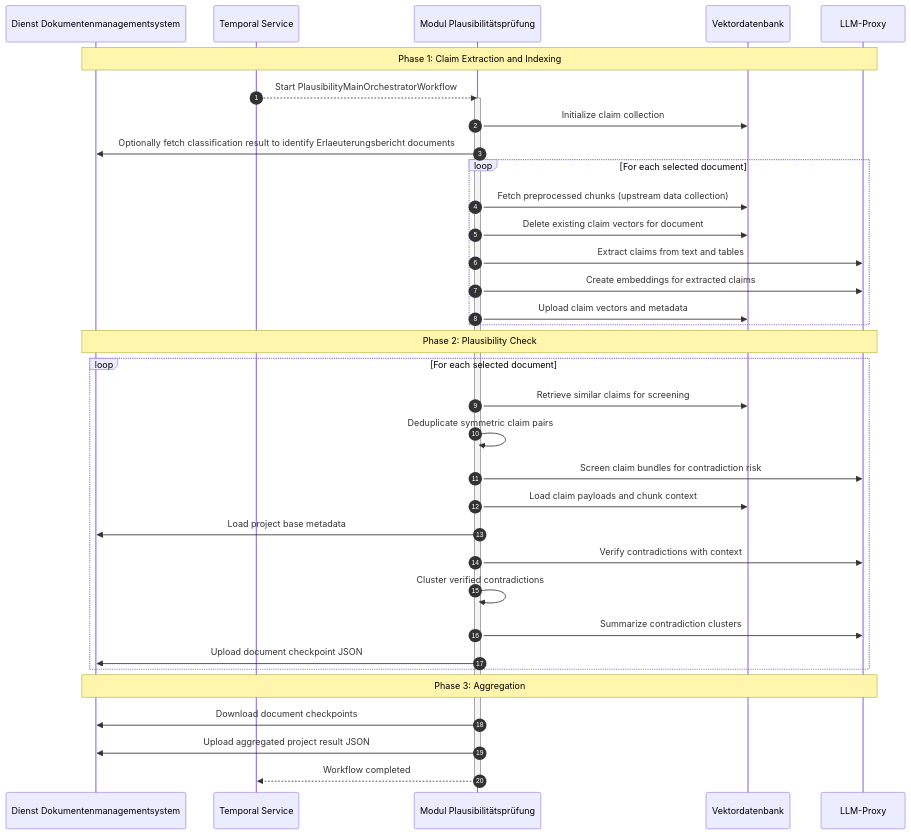
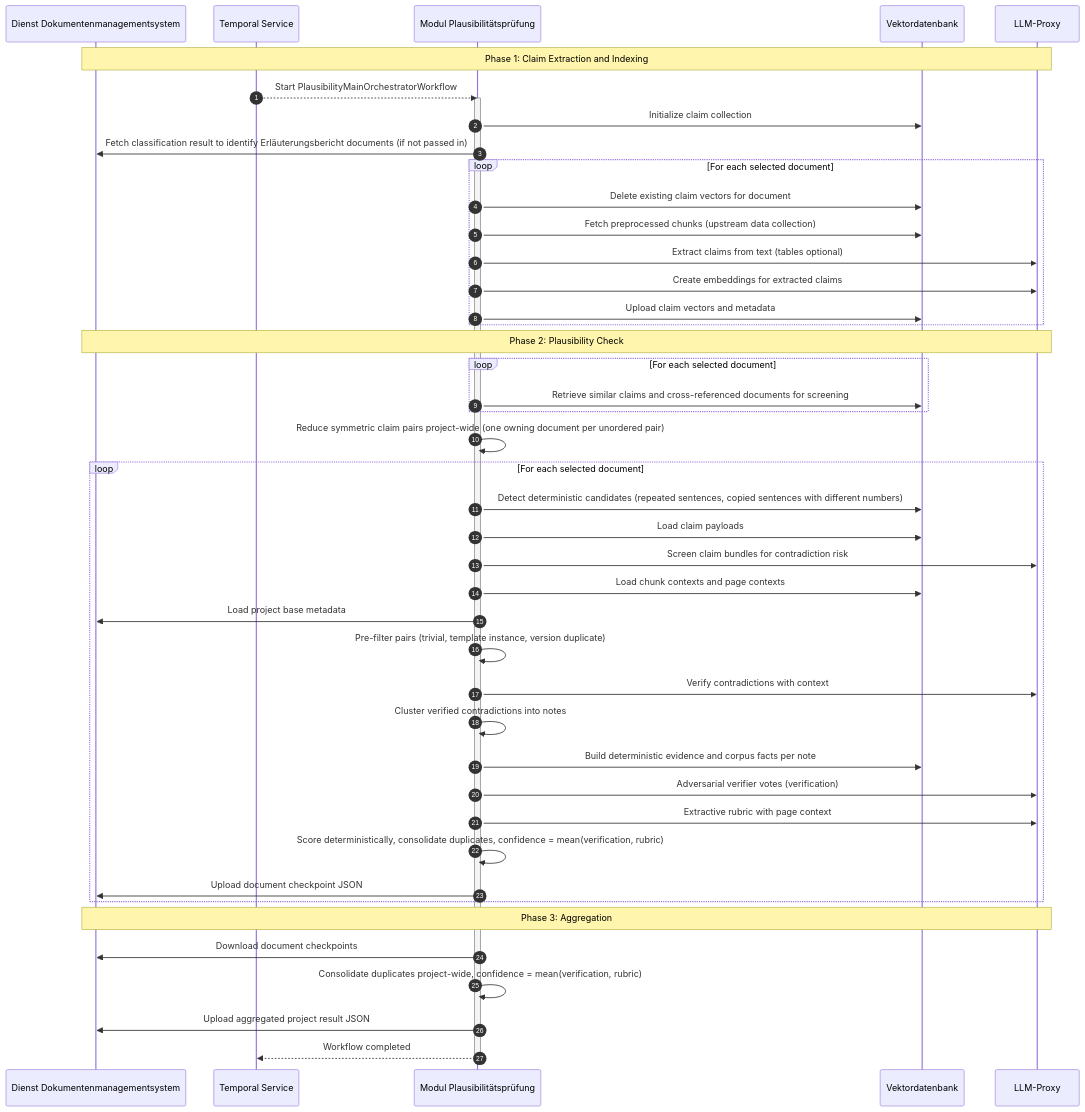
Before and after one commit to ROBROICH/spark-azure-deploy: the diagram in 05-modulcluster/modul-plausibilitaet-pruefung/README.md, drawn with Mermaid. The commit also changed other lines of this file and 5424 other files, not shown here.

````diff
--- a/05-modulcluster/modul-plausibilitaet-pruefung/README.md
+++ b/05-modulcluster/modul-plausibilitaet-pruefung/README.md
@@ -23,41 +24,50 @@
 ```mermaid
 sequenceDiagram
     autonumber
     participant DMS as Dienst Dokumentenmanagementsystem
     participant Temporal as Temporal Service
     participant PPAgent as Modul Plausibilitätsprüfung
     participant Qdrant as Vektordatenbank
     participant LiteLLM as LLM-Proxy
 
     Note over DMS,LiteLLM: Phase 1: Claim Extraction and Indexing
     Temporal-->>PPAgent: Start PlausibilityMainOrchestratorWorkflow
     activate PPAgent
     PPAgent->>Qdrant: Initialize claim collection
-    PPAgent->>DMS: Optionally fetch classification result to identify Erlaeuterungsbericht documents
+    PPAgent->>DMS: Fetch classification result to identify Erläuterungsbericht documents (if not passed in)
     loop For each selected document
+        PPAgent->>Qdrant: Delete existing claim vectors for document
         PPAgent->>Qdrant: Fetch preprocessed chunks (upstream data collection)
-        PPAgent->>Qdrant: Delete existing claim vectors for document
-        PPAgent->>LiteLLM: Extract claims from text and tables
+        PPAgent->>LiteLLM: Extract claims from text (tables optional)
         PPAgent->>LiteLLM: Create embeddings for extracted claims
         PPAgent->>Qdrant: Upload claim vectors and metadata
     end
 
     Note over DMS,LiteLLM: Phase 2: Plausibility Check
     loop For each selected document
-        PPAgent->>Qdrant: Retrieve similar claims for screening
-        PPAgent->>PPAgent: Deduplicate symmetric claim pairs
+        PPAgent->>Qdrant: Retrieve similar claims and cross-referenced documents for screening
+    end
+    PPAgent->>PPAgent: Reduce symmetric claim pairs project-wide (one owning document per unordered pair)
+    loop For each selected document
+        PPAgent->>Qdrant: Detect deterministic candidates (repeated sentences, copied sentences with different numbers)
+        PPAgent->>Qdrant: Load claim payloads
         PPAgent->>LiteLLM: Screen claim bundles for contradiction risk
-        PPAgent->>Qdrant: Load claim payloads and chunk context
+        PPAgent->>Qdrant: Load chunk contexts and page contexts
         PPAgent->>DMS: Load project base metadata
+        PPAgent->>PPAgent: Pre-filter pairs (trivial, template instance, version duplicate)
         PPAgent->>LiteLLM: Verify contradictions with context
-        PPAgent->>PPAgent: Cluster verified contradictions
-        PPAgent->>LiteLLM: Summarize contradiction clusters
+        PPAgent->>PPAgent: Cluster verified contradictions into notes
+        PPAgent->>Qdrant: Build deterministic evidence and corpus facts per note
+        PPAgent->>LiteLLM: Adversarial verifier votes (verification)
+        PPAgent->>LiteLLM: Extractive rubric with page context
+        PPAgent->>PPAgent: Score deterministically, consolidate duplicates, confidence = mean(verification, rubric)
         PPAgent->>DMS: Upload document checkpoint JSON
     end
 
     Note over DMS,LiteLLM: Phase 3: Aggregation
     PPAgent->>DMS: Download document checkpoints
+    PPAgent->>PPAgent: Consolidate duplicates project-wide, confidence = mean(verification, rubric)
     PPAgent->>DMS: Upload aggregated project result JSON
     PPAgent-->>Temporal: Workflow completed
     deactivate PPAgent
 ```
````
